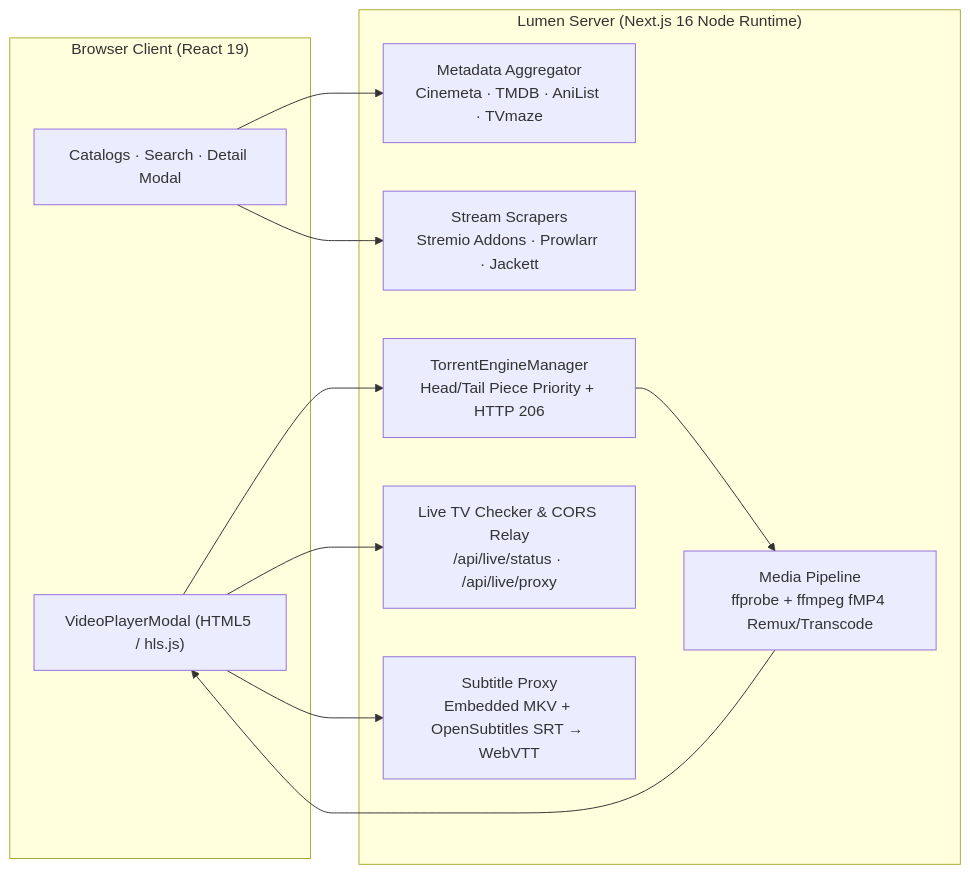
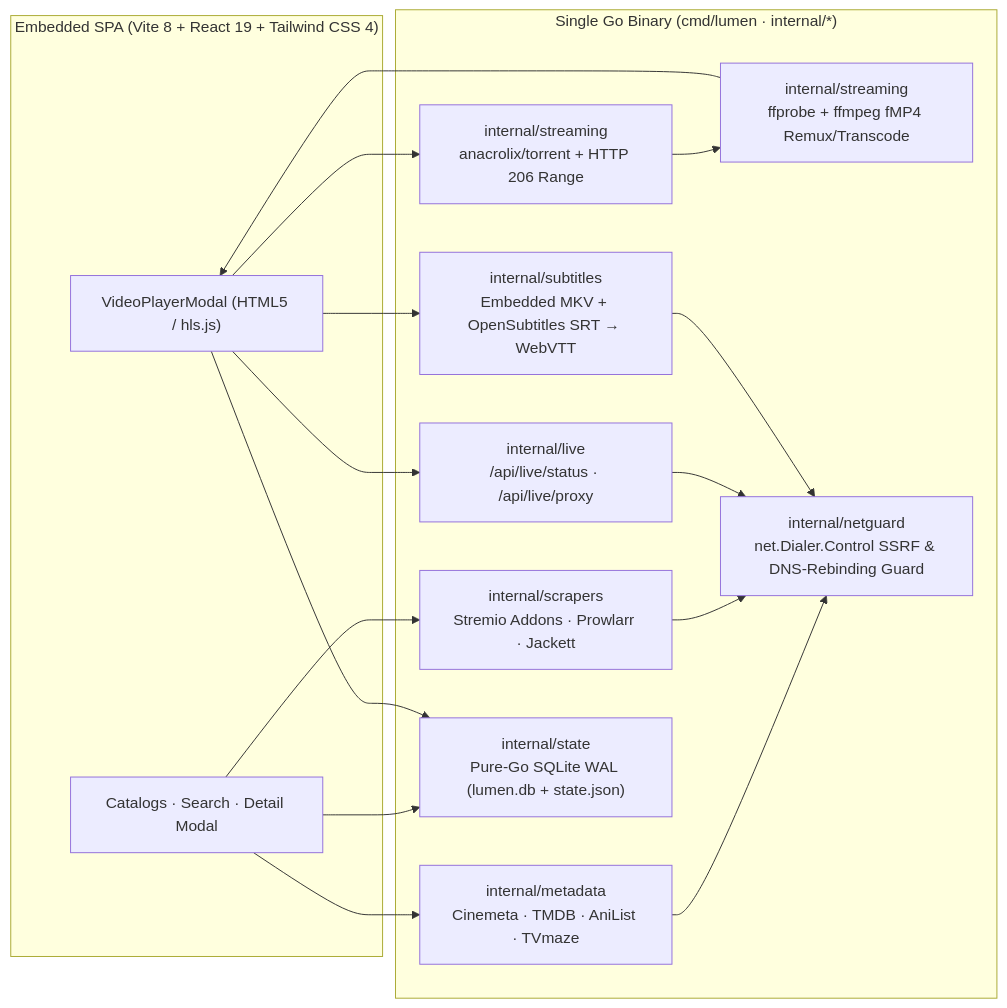
Before and after one commit to jvanheerikhuize/lumen: the diagram in README.md, drawn with Mermaid. The commit also changed other lines of this file and 127 other files, not shown here.

Commit message:
feat: rewrite Lumen to single-binary Go appliance with embedded Vite/React 19 SPA and SQLite

````diff
--- a/README.md
+++ b/README.md
@@ -86,24 +88,24 @@
 ```mermaid
 flowchart LR
-  subgraph Client["Browser Client (React 19)"]
+  subgraph Client["Embedded SPA (Vite 8 + React 19 + Tailwind CSS 4)"]
     UI["Catalogs · Search · Detail Modal"]
     Player["VideoPlayerModal (HTML5 / hls.js)"]
   end
 
-  subgraph Server["Lumen Server (Next.js 16 Node Runtime)"]
-    Meta["Metadata Aggregator\nCinemeta · TMDB · AniList · TVmaze"]
-    Scrapers["Stream Scrapers\nStremio Addons · Prowlarr · Jackett"]
-    Engine["TorrentEngineManager\nHead/Tail Piece Priority + HTTP 206"]
-    FFmpeg["Media Pipeline\nffprobe + ffmpeg fMP4 Remux/Transcode"]
-    LiveRelay["Live TV Checker & CORS Relay\n/api/live/status · /api/live/proxy"]
-    Subs["Subtitle Proxy\nEmbedded MKV + OpenSubtitles SRT → WebVTT"]
+  subgraph Server["Single Go Binary (cmd/lumen · internal/*)"]
+    Meta["internal/metadata\nCinemeta · TMDB · AniList · TVmaze"]
+    Scrapers["internal/scrapers\nStremio Addons · Prowlarr · Jackett"]
+    Engine["internal/streaming\nanacrolix/torrent + HTTP 206 Range"]
+    FFmpeg["internal/streaming\nffprobe + ffmpeg fMP4 Remux/Transcode"]
+    LiveRelay["internal/live\n/api/live/status · /api/live/proxy"]
+    Subs["internal/subtitles\nEmbedded MKV + OpenSubtitles SRT → WebVTT"]
+    State["internal/state\nPure-Go SQLite WAL (lumen.db + state.json)"]
+    Guard["internal/netguard\nnet.Dialer.Control SSRF & DNS-Rebinding Guard"]
   end
 
-  UI --> Meta
-  UI --> Scrapers
-  Player --> Engine
+  UI --> Meta & Scrapers & State
+  Player --> Engine & LiveRelay & Subs & State
   Engine --> FFmpeg
   FFmpeg --> Player
-  Player --> LiveRelay
-  Player --> Subs
+  Meta & Scrapers & LiveRelay & Subs --> Guard
 ```
````
